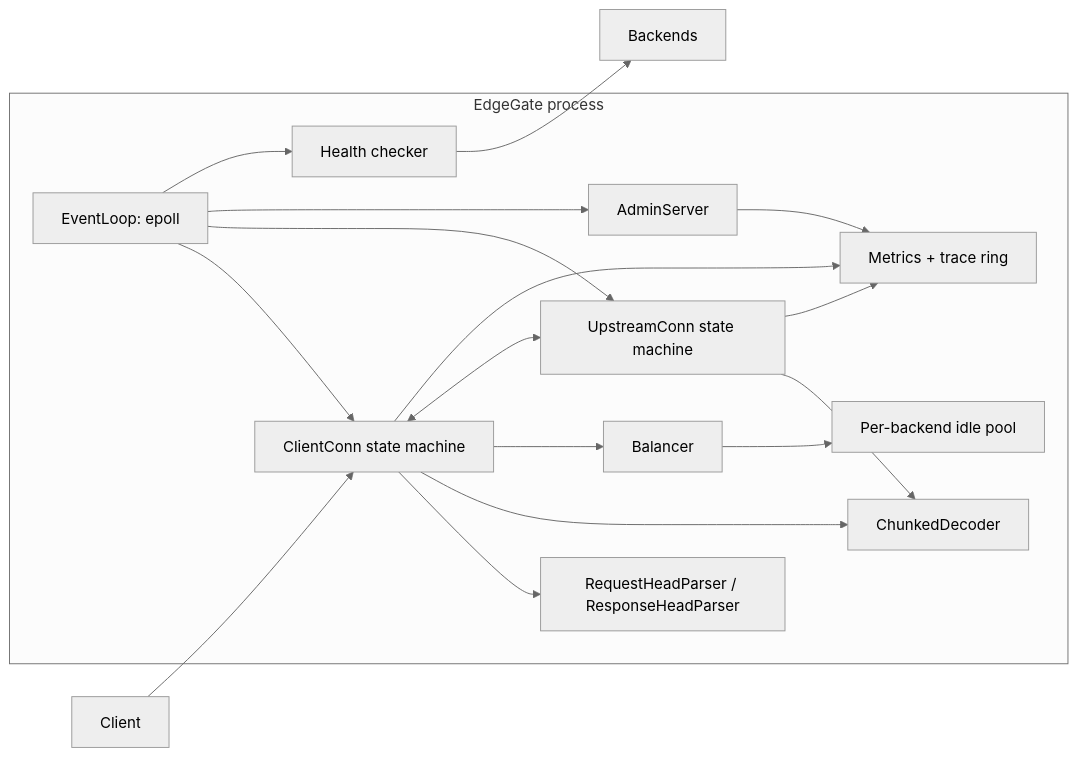
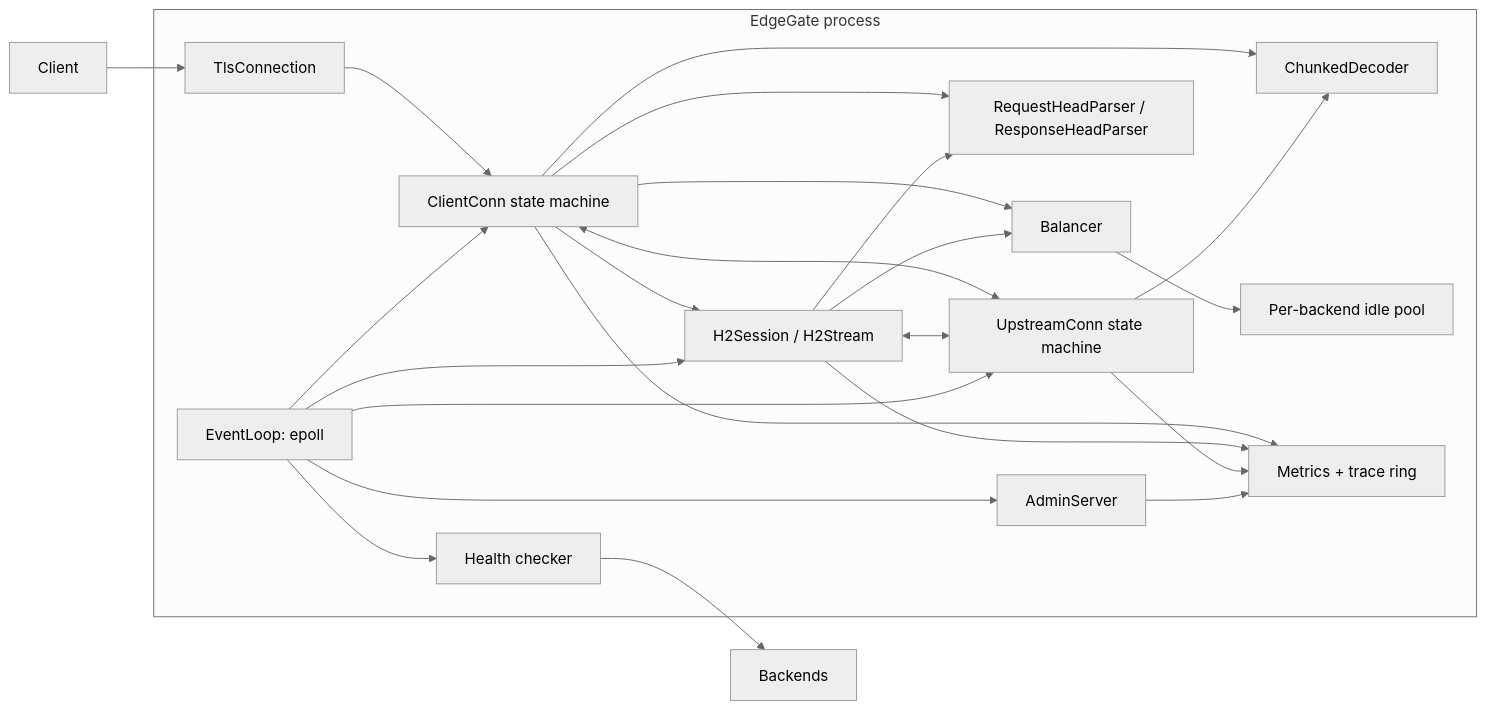
The diagram in ARCHITECTURE.md (yjwyyds1/EdgeGate), drawn with Mermaid (neutral theme) before and after one commit. The commit also changed other lines of this file and 7 other files, not shown here.

````diff
--- a/ARCHITECTURE.md
+++ b/ARCHITECTURE.md
@@ -33,30 +40,39 @@
 ```mermaid
 flowchart LR
     subgraph EdgeGate process
         EL[EventLoop: epoll]
+        TLS[TlsConnection]
         CC[ClientConn state machine]
+        H2[H2Session / H2Stream]
         UC[UpstreamConn state machine]
         PP[RequestHeadParser / ResponseHeadParser]
         CD[ChunkedDecoder]
         POOL[Per-backend idle pool]
         BAL[Balancer]
         HC[Health checker]
         M[Metrics + trace ring]
         AD[AdminServer]
     end
-    C[Client] --> CC
+    C[Client] --> TLS
+    TLS --> CC
+    CC --> H2
     CC --> PP
     CC --> CD
+    H2 --> PP
     CC --> BAL
+    H2 --> BAL
     BAL --> POOL
     CC <--> UC
+    H2 <--> UC
     UC --> CD
     HC --> Backends
     CC --> M
+    H2 --> M
     UC --> M
     AD --> M
     EL --> CC
+    EL --> H2
     EL --> UC
     EL --> AD
     EL --> HC
 ```
````
